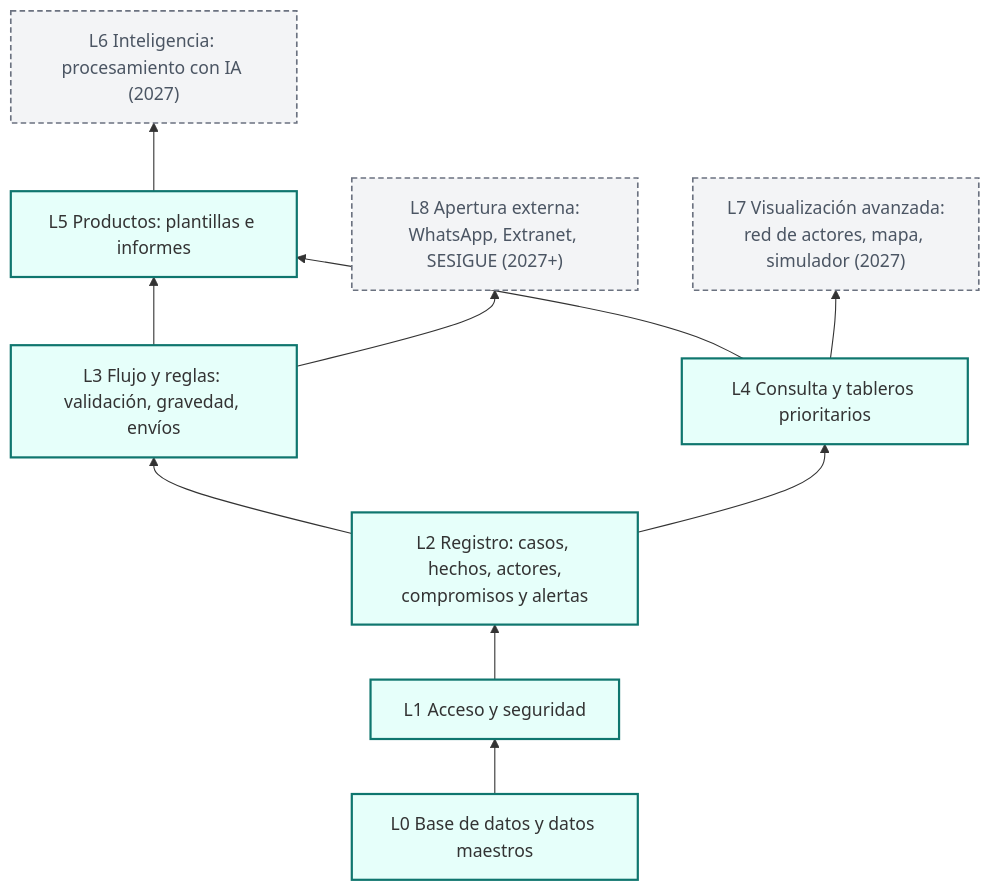
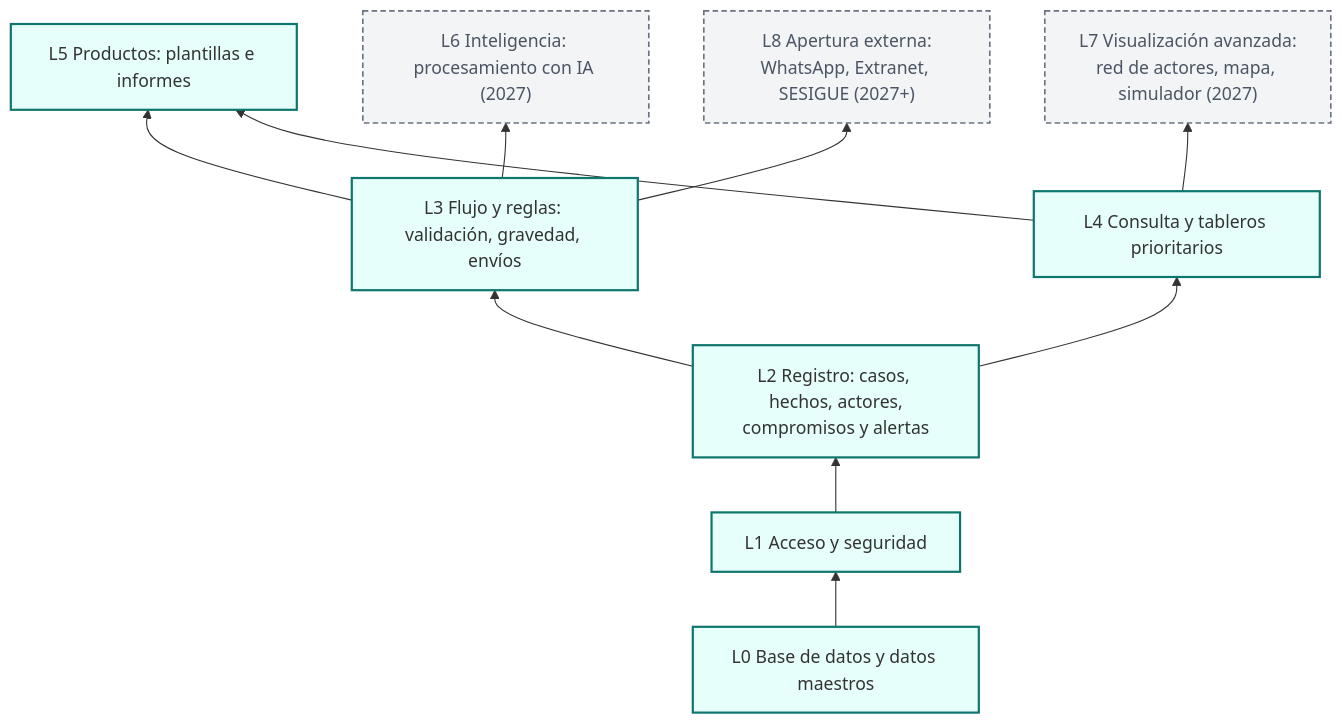
One commit to diegopaucarv/avisa changed the second of 9 diagrams in docs/ERS_AVISA_PRODUCE_v0.6.md. Above: the diagram before and after it, drawn with Mermaid. The commit also changed other lines of this file and 5 other files, not shown here.

````diff
--- a/docs/ERS_AVISA_PRODUCE_v0.6.md
+++ b/docs/ERS_AVISA_PRODUCE_v0.6.md
@@ -666,15 +671,15 @@
 ```mermaid
 flowchart BT
   classDef mvp fill:#e6fffa,stroke:#0f766e,stroke-width:2px;
   classDef f2027 fill:#f3f4f6,stroke:#6b7280,stroke-width:1.5px,stroke-dasharray:5 3,color:#4b5563;
 
   L0["L0 Base de datos y datos maestros"]:::mvp --> L1["L1 Acceso y seguridad"]:::mvp
   L1 --> L2["L2 Registro: casos, hechos, actores,<br/>compromisos y alertas"]:::mvp
   L2 --> L3["L3 Flujo y reglas: validación, gravedad, envíos"]:::mvp
   L2 --> L4["L4 Consulta y tableros prioritarios"]:::mvp
   L3 --> L5["L5 Productos: plantillas e informes"]:::mvp
   L4 --> L5
-  L5 --> L6["L6 Inteligencia: procesamiento con IA (2027)"]:::f2027
+  L3 --> L6["L6 Inteligencia: procesamiento con IA (2027)"]:::f2027
   L4 --> L7["L7 Visualización avanzada:<br/>red de actores, mapa, simulador (2027)"]:::f2027
   L3 --> L8["L8 Apertura externa:<br/>WhatsApp, Extranet, SESIGUE (2027+)"]:::f2027
 ```
````
